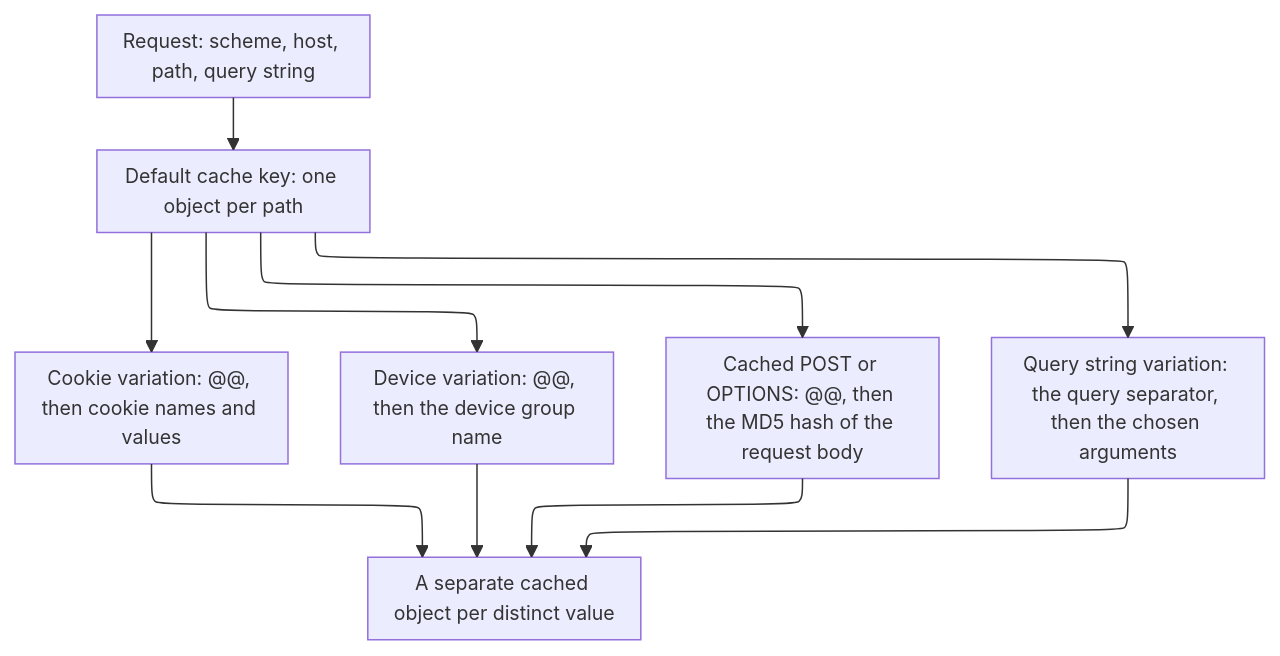
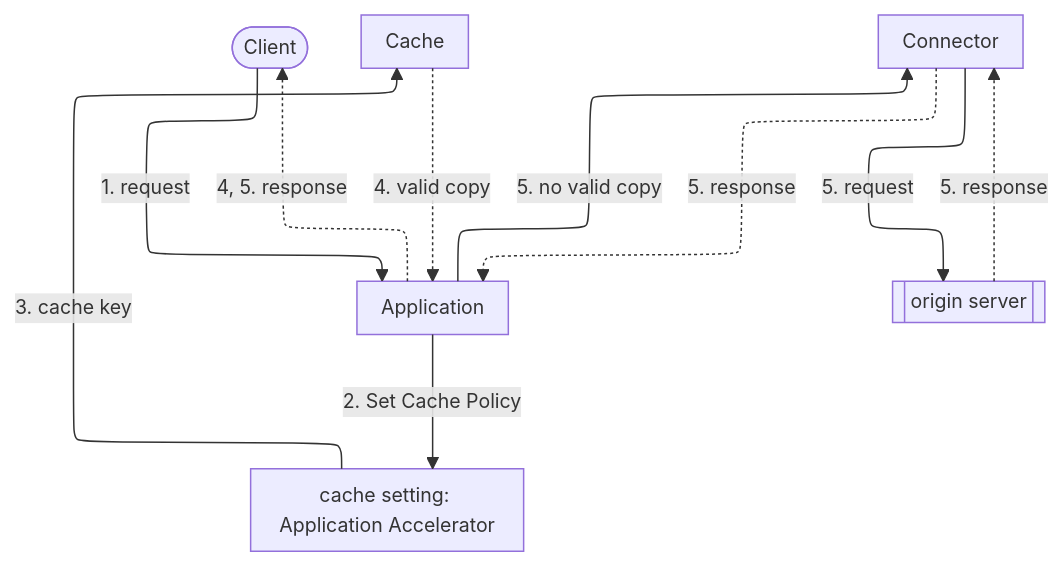
Before and after one commit to aziontech/docs: the diagram in apps/docs/src/content/docs/en/pages/build/application-accelerator/overview.mdx, drawn with Mermaid. The commit also changed other lines of this file and 7 other files, not shown here.

First line of the commit message:
docs(application-accelerator): apply the new rules to the overview, quickstart, Cache variation, and settings

````diff
--- a/apps/docs/src/content/docs/en/pages/build/application-accelerator/overview.mdx
+++ b/apps/docs/src/content/docs/en/pages/build/application-accelerator/overview.mdx
@@ -68,13 +72,19 @@
 ```mermaid
-%%{init: {"layout": "elk", "themeVariables": {"fontSize": "13px"}, "flowchart": {"nodeSpacing": 24, "rankSpacing": 36, "padding": 8, "wrappingWidth": 150, "useMaxWidth": true}, "sequence": {"width": 120, "actorMargin": 30, "useMaxWidth": true}}}%%
+%%{init: {"layout": "elk", "elk": {"cycleBreakingStrategy": "MODEL_ORDER"}, "themeVariables": {"fontSize": "13px"}, "flowchart": {"nodeSpacing": 24, "rankSpacing": 36, "padding": 8, "wrappingWidth": 150, "useMaxWidth": true}, "sequence": {"width": 120, "actorMargin": 30, "useMaxWidth": true}}}%%
 flowchart TD
-  Request["Request: scheme, host, path, query string"] --> Base["Default cache key: one object per path"]
-  Base --> Cookie["Cookie variation: @@, then cookie names and values"]
-  Base --> Device["Device variation: @@, then the device group name"]
-  Base --> Method["Cached POST or OPTIONS: @@, then the MD5 hash of the request body"]
-  Base --> Query["Query string variation: the query separator, then the chosen arguments"]
-  Cookie --> Object["A separate cached object per distinct value"]
-  Device --> Object
-  Method --> Object
-  Query --> Object
+  Client(["Client"])
+  App["Application"]
+  Setting["cache setting: Application Accelerator"]
+  Cache["Cache"]
+  Conn["Connector"]
+  Origin[["origin server"]]
+  Client -->|"1. request"| App
+  App -->|"2. Set Cache Policy"| Setting
+  Setting -->|"3. cache key"| Cache
+  Cache -.->|"4. valid copy"| App
+  App -->|"5. no valid copy"| Conn
+  Conn -->|"5. request"| Origin
+  Origin -.->|"5. response"| Conn
+  Conn -.->|"5. response"| App
+  App -.->|"4, 5. response"| Client
 ```
````
